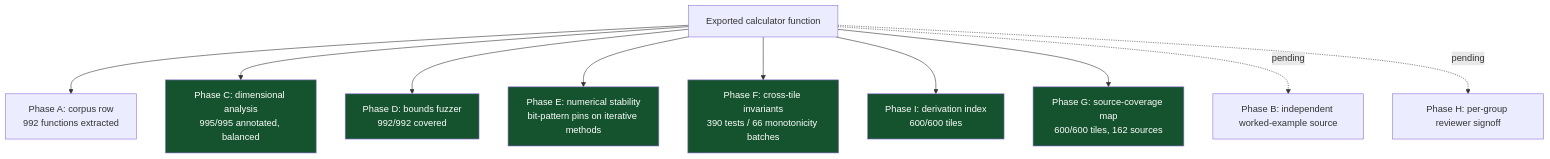
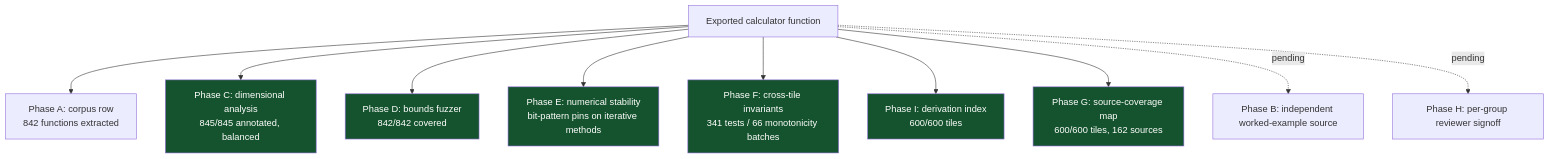
One commit to clay-good/roughlogic.com changed the sixth of 8 diagrams in README.md. Above: the diagram before and after it, drawn with Mermaid. The commit also changed other lines of this file and 15 other files, not shown here.

````diff
--- a/README.md
+++ b/README.md
@@ -468,18 +468,18 @@
 ```mermaid
 flowchart TB
-    F[Exported calculator function] --> A[Phase A: corpus row\n992 functions extracted]
-    F --> C[Phase C: dimensional analysis\n995/995 annotated, balanced]
-    F --> D[Phase D: bounds fuzzer\n992/992 covered]
+    F[Exported calculator function] --> A[Phase A: corpus row\n842 functions extracted]
+    F --> C[Phase C: dimensional analysis\n845/845 annotated, balanced]
+    F --> D[Phase D: bounds fuzzer\n842/842 covered]
     F --> E[Phase E: numerical stability\nbit-pattern pins on iterative methods]
-    F --> Fa[Phase F: cross-tile invariants\n390 tests / 66 monotonicity batches]
+    F --> Fa[Phase F: cross-tile invariants\n341 tests / 66 monotonicity batches]
     F --> I[Phase I: derivation index\n600/600 tiles]
     F --> G[Phase G: source-coverage map\n600/600 tiles, 162 sources]
     F -.pending.-> B[Phase B: independent worked-example source]
     F -.pending.-> H[Phase H: per-group reviewer signoff]
     style C fill:#14532d,color:#fff
     style D fill:#14532d,color:#fff
     style E fill:#14532d,color:#fff
     style Fa fill:#14532d,color:#fff
     style G fill:#14532d,color:#fff
     style I fill:#14532d,color:#fff
 ```
````
